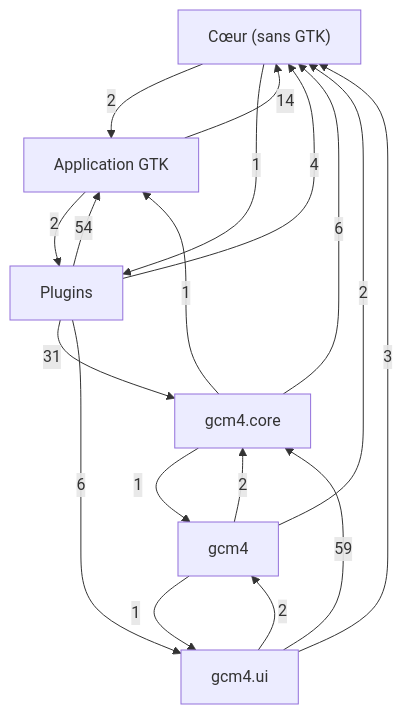
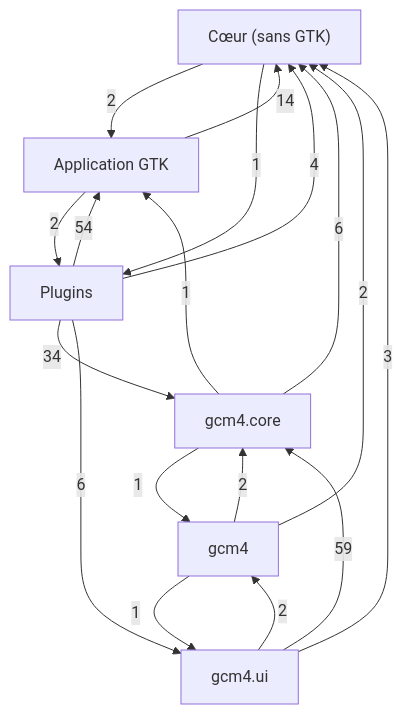
Before and after one commit to Mathilde-Team/Gcm4: the first of 7 diagrams in docs/class-diagram.md, drawn with Mermaid. The commit also changed other lines of this file and 35 other files, not shown here.

````diff
--- a/docs/class-diagram.md
+++ b/docs/class-diagram.md
@@ -21,26 +21,26 @@
 ```mermaid
 flowchart TD
     g0["Cœur (sans GTK)"]
     g1["Application GTK"]
     g2["Plugins"]
     g3["gcm4"]
     g4["gcm4.core"]
     g5["gcm4.ui"]
     g1 -->|14| g0
     g1 -->|2| g2
     g0 -->|2| g1
     g0 -->|1| g2
     g2 -->|54| g1
     g2 -->|4| g0
-    g2 -->|31| g4
+    g2 -->|34| g4
     g2 -->|6| g5
     g3 -->|2| g0
     g3 -->|2| g4
     g3 -->|1| g5
     g4 -->|1| g1
     g4 -->|6| g0
     g4 -->|1| g3
     g5 -->|3| g0
     g5 -->|2| g3
     g5 -->|59| g4
 ```
````
